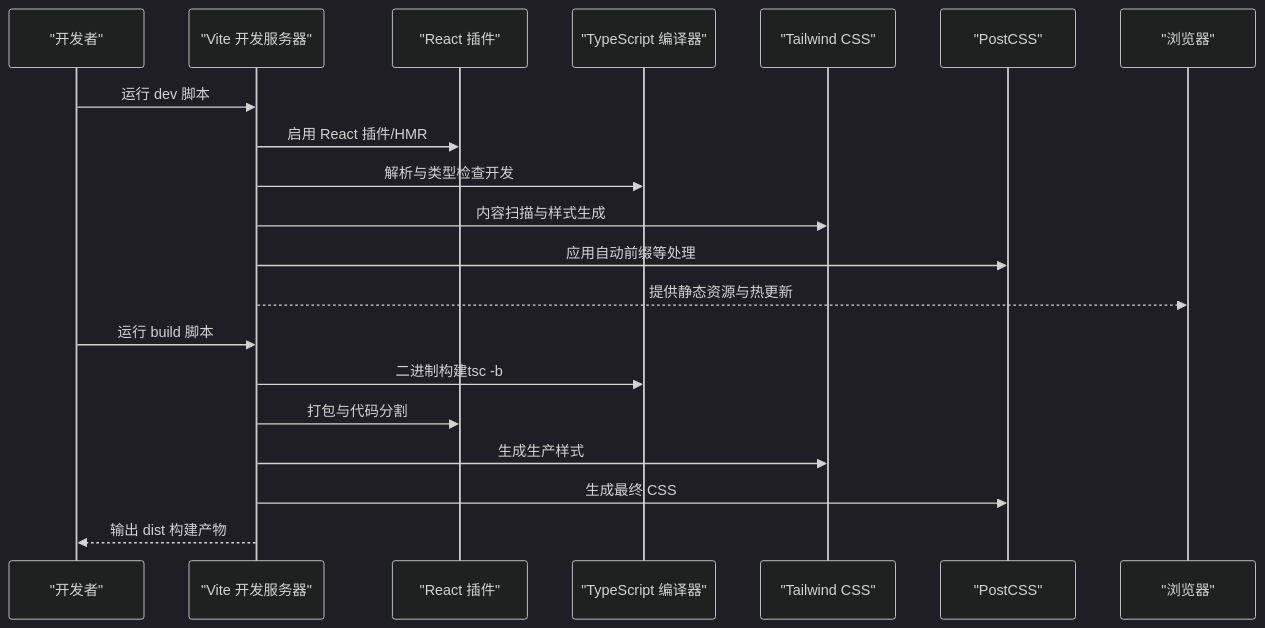
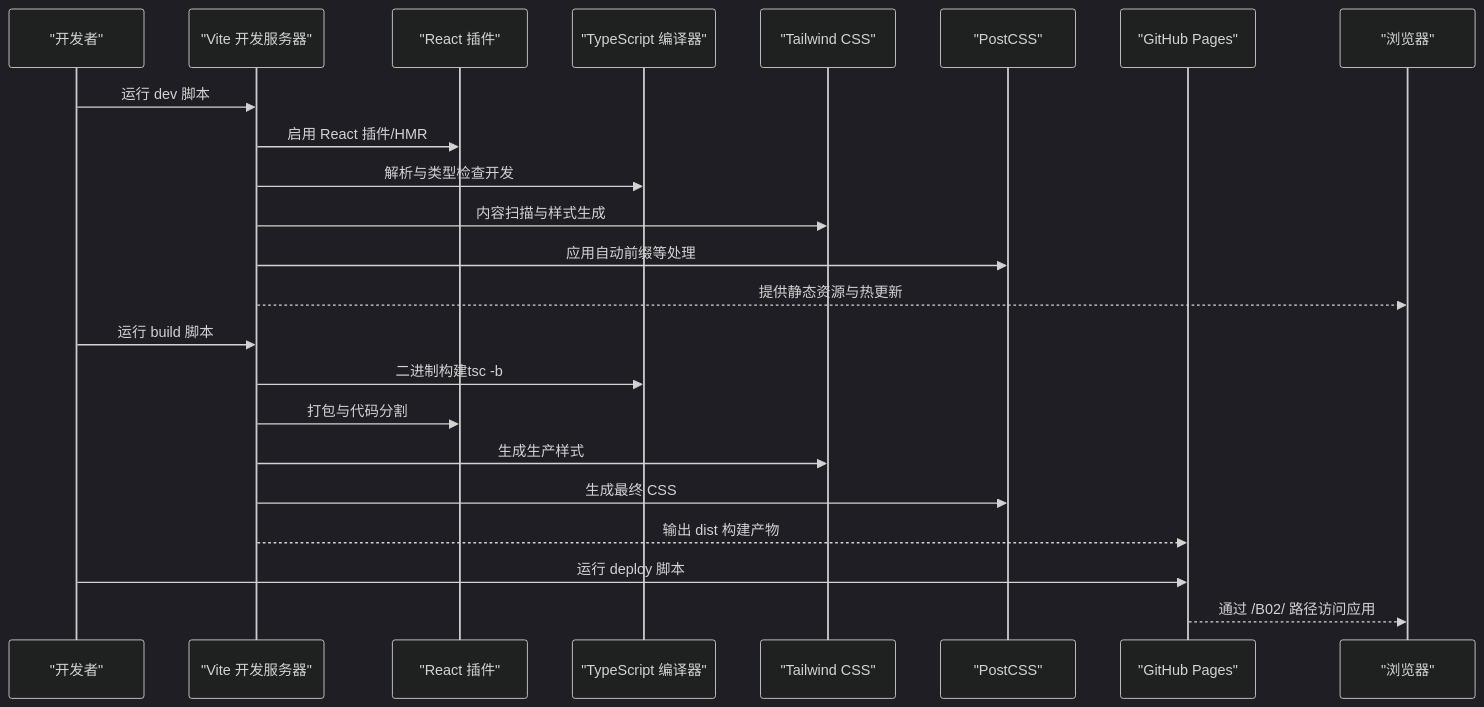
Before and after one commit to InfSky-233/B02: the second of 4 diagrams in .qoder/repowiki/zh/content/项目架构/构建配置.md, drawn with Mermaid (dark theme). The commit also changed other lines of this file and 12 other files, not shown here.

````diff
--- a/.qoder/repowiki/zh/content/项目架构/构建配置.md
+++ b/.qoder/repowiki/zh/content/项目架构/构建配置.md
@@ -94,22 +105,25 @@
 ```mermaid
 sequenceDiagram
 participant Dev as "开发者"
 participant Vite as "Vite 开发服务器"
 participant React as "React 插件"
 participant TS as "TypeScript 编译器"
 participant TW as "Tailwind CSS"
 participant Post as "PostCSS"
+participant GH as "GitHub Pages"
 participant Browser as "浏览器"
 Dev->>Vite : 运行 dev 脚本
 Vite->>React : 启用 React 插件/HMR
 Vite->>TS : 解析与类型检查开发
 Vite->>TW : 内容扫描与样式生成
 Vite->>Post : 应用自动前缀等处理
 Vite-->>Browser : 提供静态资源与热更新
 Dev->>Vite : 运行 build 脚本
 Vite->>TS : 二进制构建tsc -b
 Vite->>React : 打包与代码分割
 Vite->>TW : 生成生产样式
 Vite->>Post : 生成最终 CSS
-Vite-->>Dev : 输出 dist 构建产物
+Vite-->>GH : 输出 dist 构建产物
+Dev->>GH : 运行 deploy 脚本
+GH-->>Browser : 通过 /B02/ 路径访问应用
 ```
````
